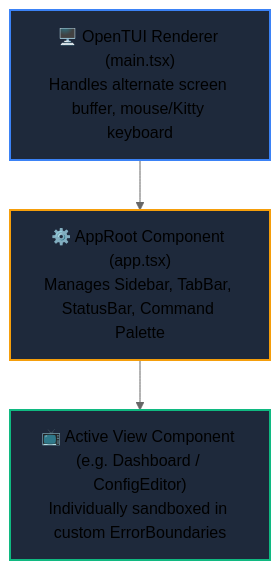
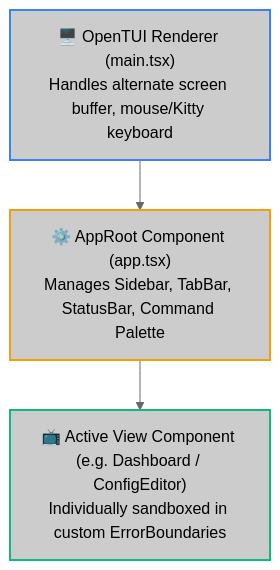
The first of 2 diagrams in docs/devops/tui.md (jango-blockchained/hoox-setup), drawn with Mermaid (neutral theme) before and after one commit. The commit also changed other lines of this file and 38 other files, not shown here.

````diff
--- a/docs/devops/tui.md
+++ b/docs/devops/tui.md
@@ -16,10 +16,10 @@
 ```mermaid
 graph TD
     Renderer["🖥️ OpenTUI Renderer (main.tsx)<br/>Handles alternate screen buffer, mouse/Kitty keyboard"] -->
     AppRoot["⚙️ AppRoot Component (app.tsx)<br/>Manages Sidebar, TabBar, StatusBar, Command Palette"] -->
     ActiveView["📺 Active View Component (e.g. Dashboard / ConfigEditor)<br/>Individually sandboxed in custom ErrorBoundaries"]
 
-    style Renderer fill:#1e293b,stroke:#3b82f6,stroke-width:2
-    style AppRoot fill:#1e293b,stroke:#f59e0b,stroke-width:2
-    style ActiveView fill:#1e293b,stroke:#10b981,stroke-width:2
+    style Renderer fill:#CCCCCC,stroke:#3b82f6,stroke-width:2
+    style AppRoot fill:#CCCCCC,stroke:#f59e0b,stroke-width:2
+    style ActiveView fill:#CCCCCC,stroke:#10b981,stroke-width:2
 ```
````
